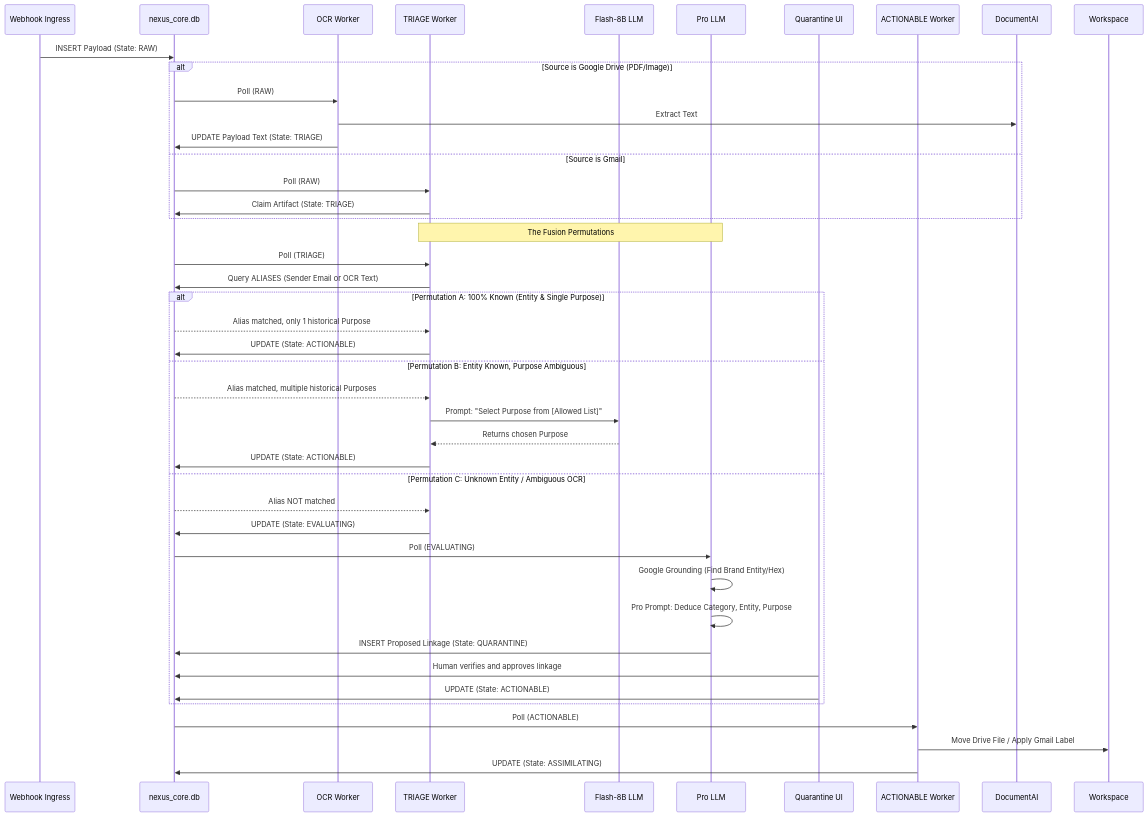
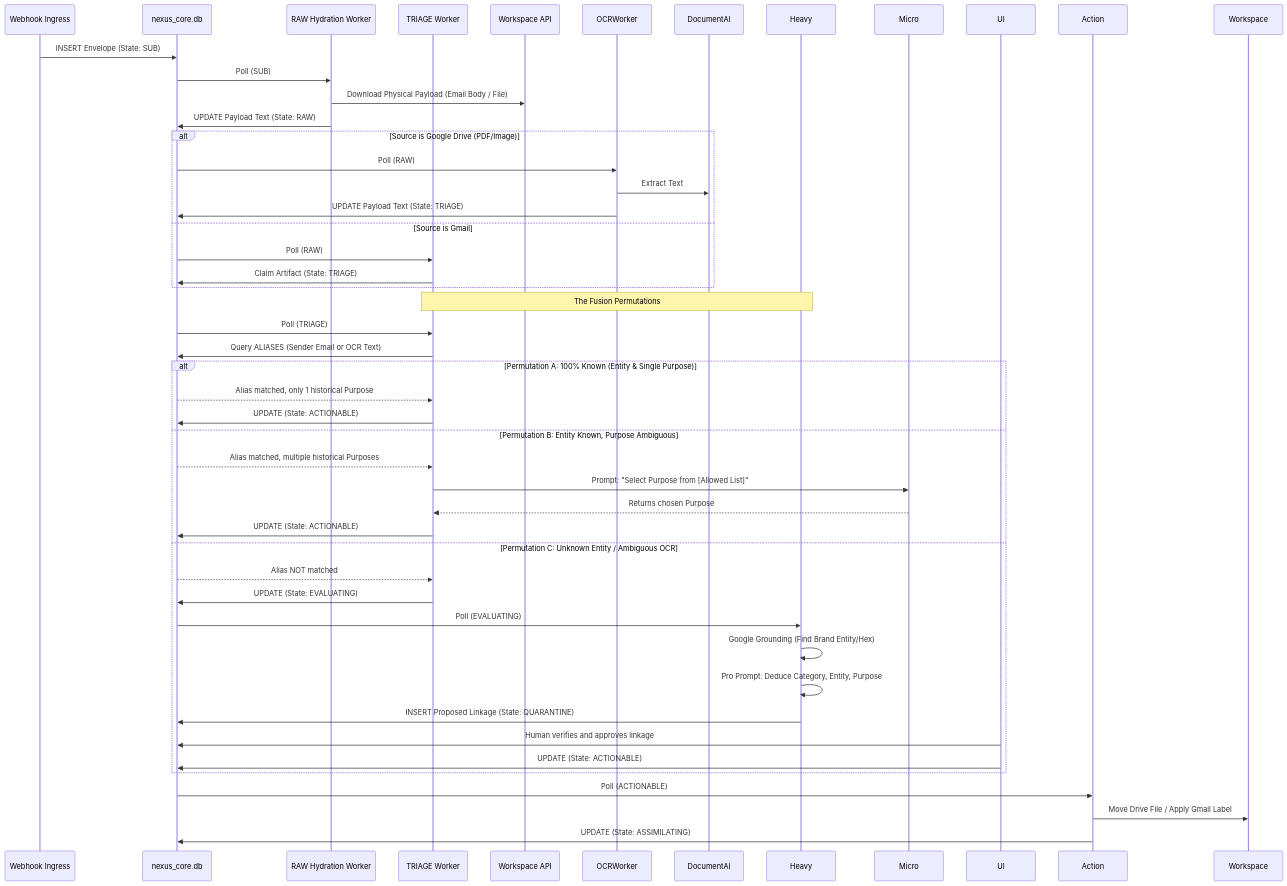
One commit to FrankXLT/Nexus-for-Google changed the diagram in arch_docs/03_STATE_MACHINE.md. Above: the diagram before and after it, drawn with Mermaid. The commit also changed other lines of this file and 8 other files, not shown here.

````diff
--- a/arch_docs/03_STATE_MACHINE.md
+++ b/arch_docs/03_STATE_MACHINE.md
@@ -43,56 +49,56 @@
 ```mermaid
 sequenceDiagram
     participant Webhook as Webhook Ingress
     participant DB as nexus_core.db
-    participant OCR as OCR Worker
+    participant RawWorker as RAW Hydration Worker
     participant Triage as TRIAGE Worker
-    participant Micro as Flash-8B LLM
-    participant Heavy as Pro LLM
-    participant UI as Quarantine UI
-    participant Action as ACTIONABLE Worker
 
     %% INGRESS & PRE-PROCESSING
-    Webhook->>DB: INSERT Payload (State: RAW)
+    Webhook->>DB: INSERT Envelope (State: SUB)
     
+    DB->>RawWorker: Poll (SUB)
+    RawWorker->>Workspace API: Download Physical Payload (Email Body / File)
+    RawWorker->>DB: UPDATE Payload Text (State: RAW)
+
     alt Source is Google Drive (PDF/Image)
-        DB->>OCR: Poll (RAW)
-        OCR->>DocumentAI: Extract Text
-        OCR->>DB: UPDATE Payload Text (State: TRIAGE)
+        DB->>OCRWorker: Poll (RAW)
+        OCRWorker->>DocumentAI: Extract Text
+        OCRWorker->>DB: UPDATE Payload Text (State: TRIAGE)
     else Source is Gmail
         DB->>Triage: Poll (RAW)
         Triage->>DB: Claim Artifact (State: TRIAGE)
     end
 
     %% TRIAGE PERMUTATIONS
     Note over Triage, Heavy: The Fusion Permutations
     DB->>Triage: Poll (TRIAGE)
     Triage->>DB: Query ALIASES (Sender Email or OCR Text)
     
     alt Permutation A: 100% Known (Entity & Single Purpose)
         DB-->>Triage: Alias matched, only 1 historical Purpose
         Triage->>DB: UPDATE (State: ACTIONABLE)
         
     else Permutation B: Entity Known, Purpose Ambiguous
         DB-->>Triage: Alias matched, multiple historical Purposes
         Triage->>Micro: Prompt: "Select Purpose from [Allowed List]"
         Micro-->>Triage: Returns chosen Purpose
         Triage->>DB: UPDATE (State: ACTIONABLE)
         
     else Permutation C: Unknown Entity / Ambiguous OCR
         DB-->>Triage: Alias NOT matched
         Triage->>DB: UPDATE (State: EVALUATING)
         
         DB->>Heavy: Poll (EVALUATING)
         Heavy->>Heavy: Google Grounding (Find Brand Entity/Hex)
         Heavy->>Heavy: Pro Prompt: Deduce Category, Entity, Purpose
         Heavy->>DB: INSERT Proposed Linkage (State: QUARANTINE)
         
         UI->>DB: Human verifies and approves linkage
         UI->>DB: UPDATE (State: ACTIONABLE)
     end
 
     %% RESOLUTION
     DB->>Action: Poll (ACTIONABLE)
     Action->>Workspace: Move Drive File / Apply Gmail Label
     Action->>DB: UPDATE (State: ASSIMILATING)
 ```
````
